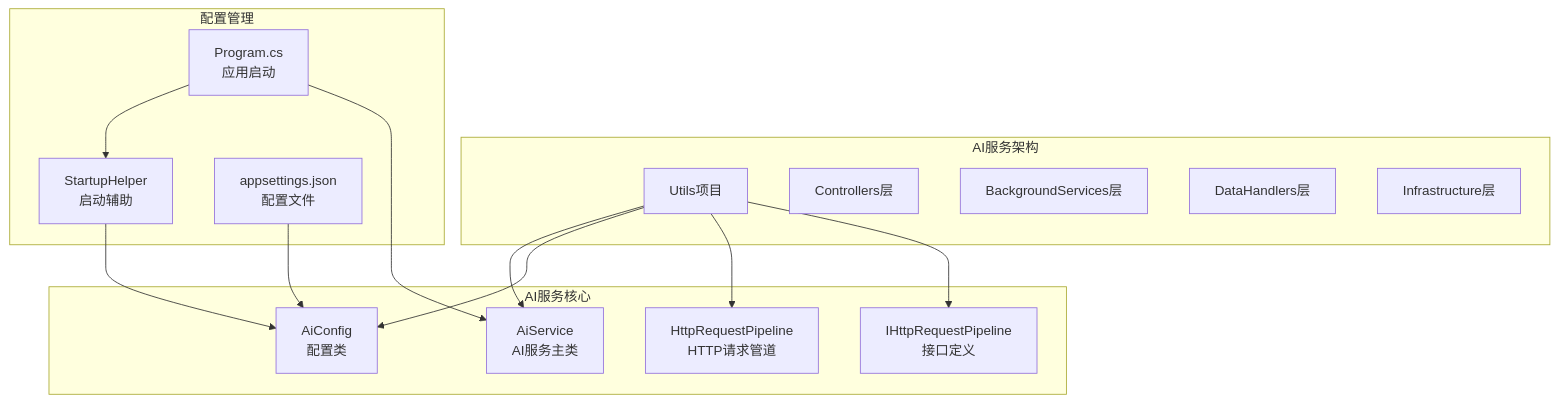
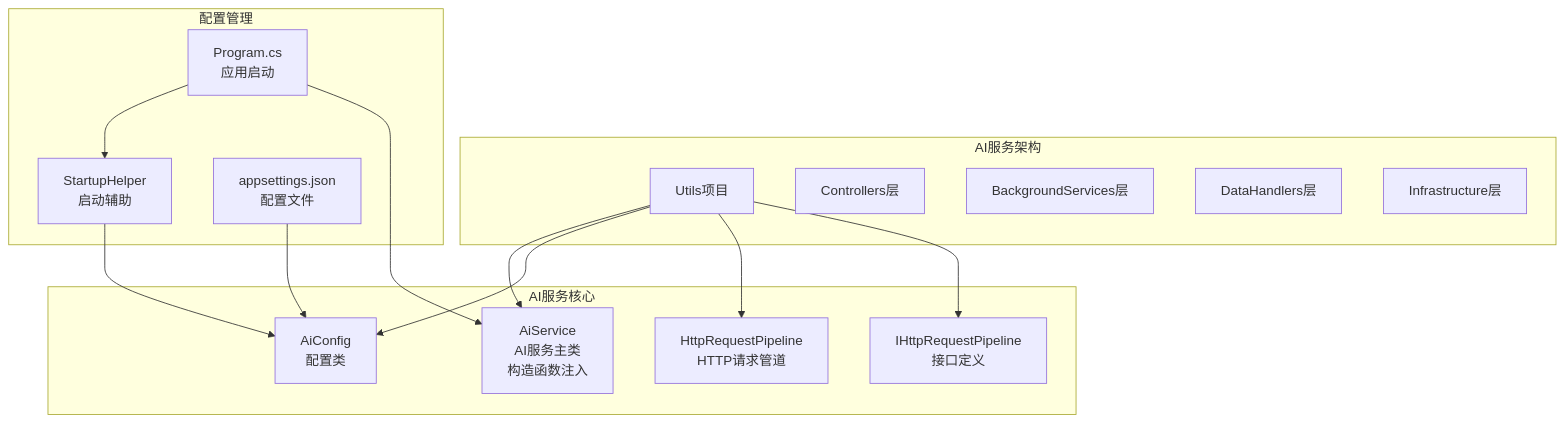
Before and after one commit to Sosososolong/AirGo: the first of 6 diagrams in .qoder/repowiki/zh/content/工具库详解/AI服务.md, drawn with Mermaid. The commit also changed other lines of this file and 13 other files, not shown here.

````diff
--- a/.qoder/repowiki/zh/content/工具库详解/AI服务.md
+++ b/.qoder/repowiki/zh/content/工具库详解/AI服务.md
@@ -38,29 +46,29 @@
 ```mermaid
 graph TB
 subgraph "AI服务架构"
 Utils[Utils项目]
 Controllers[Controllers层]
 BackgroundServices[BackgroundServices层]
 DataHandlers[DataHandlers层]
 Infrastructure[Infrastructure层]
 end
 subgraph "AI服务核心"
-AiService[AiService<br/>AI服务主类]
+AiService[AiService<br/>AI服务主类<br/>构造函数注入]
 AiConfig[AiConfig<br/>配置类]
 HttpRequestPipeline[HttpRequestPipeline<br/>HTTP请求管道]
 IHttpRequestPipeline[IHttpRequestPipeline<br/>接口定义]
 end
 subgraph "配置管理"
 Program[Program.cs<br/>应用启动]
 StartupHelper[StartupHelper<br/>启动辅助]
 AppSettings[appsettings.json<br/>配置文件]
 end
 Utils --> AiService
 Utils --> AiConfig
 Utils --> HttpRequestPipeline
 Utils --> IHttpRequestPipeline
 Program --> StartupHelper
 StartupHelper --> AiConfig
 Program --> AiService
 AppSettings --> AiConfig
 ```
````
